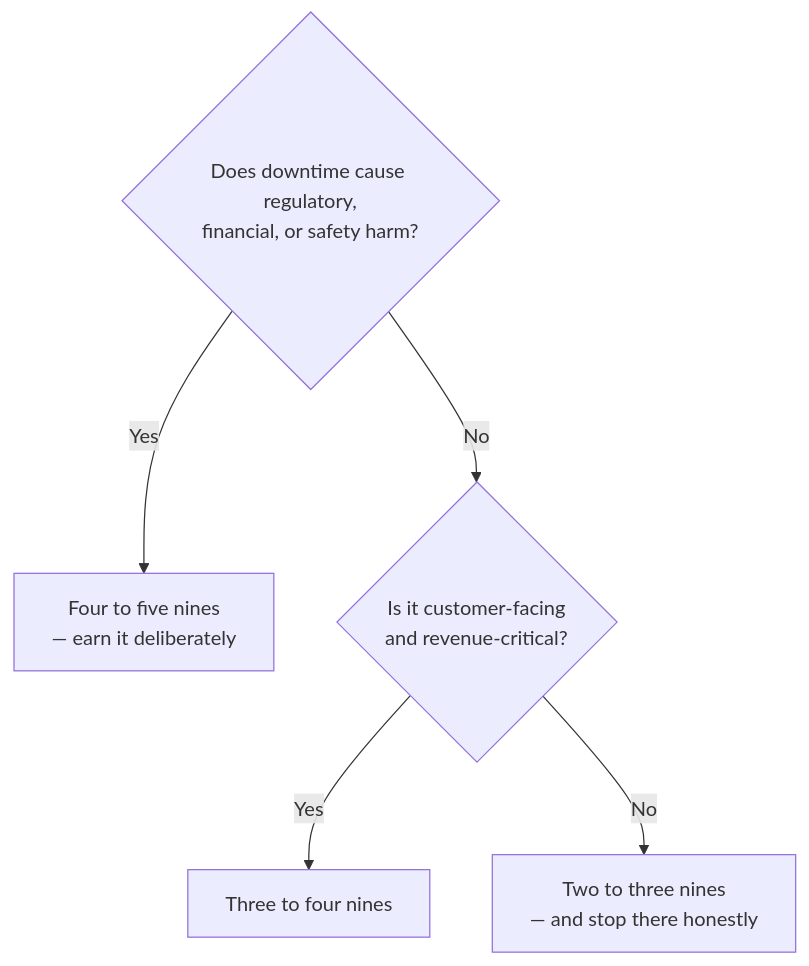
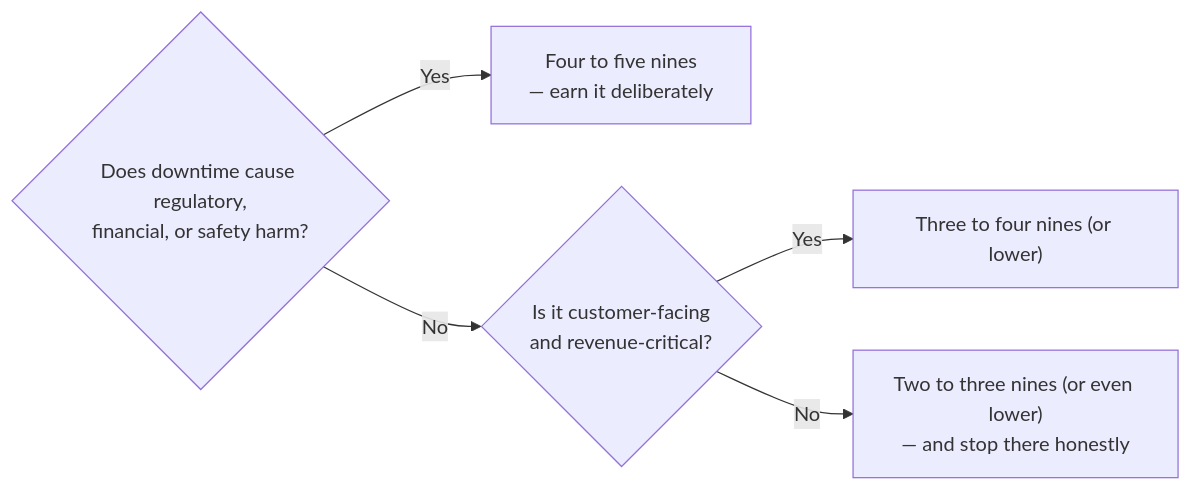
The first of 2 diagrams in adrs/002-availability-target.md (raghavarora12/engineering-playbook), drawn with Mermaid before and after one commit. The commit also changed other lines of this file and 8 other files, not shown here.

````diff
--- a/adrs/002-availability-target.md
+++ b/adrs/002-availability-target.md
@@ -54,8 +83,8 @@
 ```mermaid
-flowchart TD
+flowchart LR
     Q1{"Does downtime cause regulatory,<br/>financial, or safety harm?"}
     Q1 -- Yes --> FIVE["Four to five nines<br/>— earn it deliberately"]
     Q1 -- No --> Q2{"Is it customer-facing<br/>and revenue-critical?"}
-    Q2 -- Yes --> FOUR["Three to four nines"]
-    Q2 -- No --> THREE["Two to three nines<br/>— and stop there honestly"]
+    Q2 -- Yes --> FOUR["Three to four nines (or lower)"]
+    Q2 -- No --> THREE["Two to three nines (or even lower)<br/>— and stop there honestly"]
 ```
````
